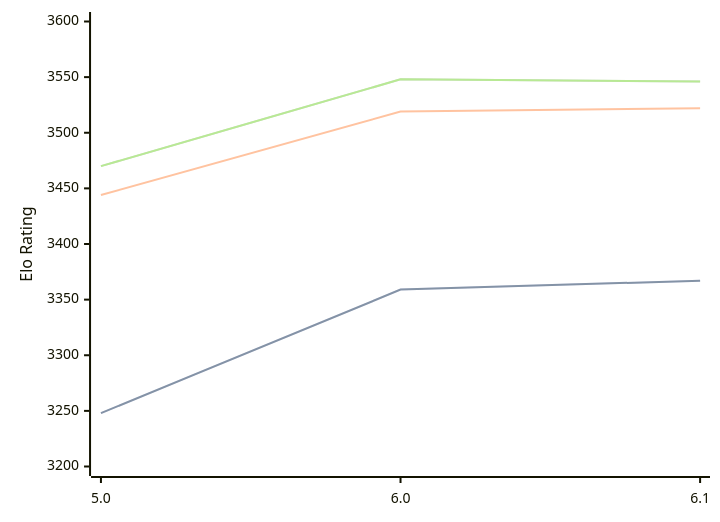
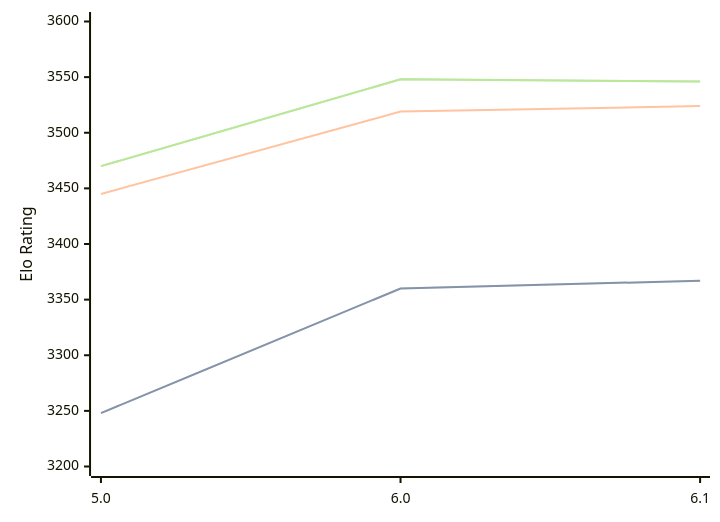
The diagram in engines/Starzix.md (computer-chess-index/cci), drawn with Mermaid before and after one commit. The commit also changed other lines of this file, not shown here.

````diff
--- a/engines/Starzix.md
+++ b/engines/Starzix.md
@@ -35,11 +35,11 @@
 ```mermaid
 %%{init: {"theme":"base","themeVariables":{"seriesColors:['#a3a3a3','#222221','#faa371']}}}%%
 xychart-beta
   x-axis ["5.0", "6.0", "6.1"]
   y-axis "Elo Rating" 3200 --> 3600
-  line "STC (8.0+0.08s)" [3248, 3359, 3367]
-  line "STC (8.0+0.08s)" [3248, 3359, 3367]
-  line "LTC (60.0+0.60s)" [3444, 3519, 3522]
+  line "STC (8.0+0.08s)" [3248, 3360, 3367]
+  line "STC (8.0+0.08s)" [3248, 3360, 3367]
+  line "LTC (60.0+0.60s)" [3445, 3519, 3524]
   line "VLTC (2m24s+1.12s)" [3470, 3548, 3546]
   line "VLTC (2m24s+1.12s)" [3470, 3548, 3546]
 ```
````
